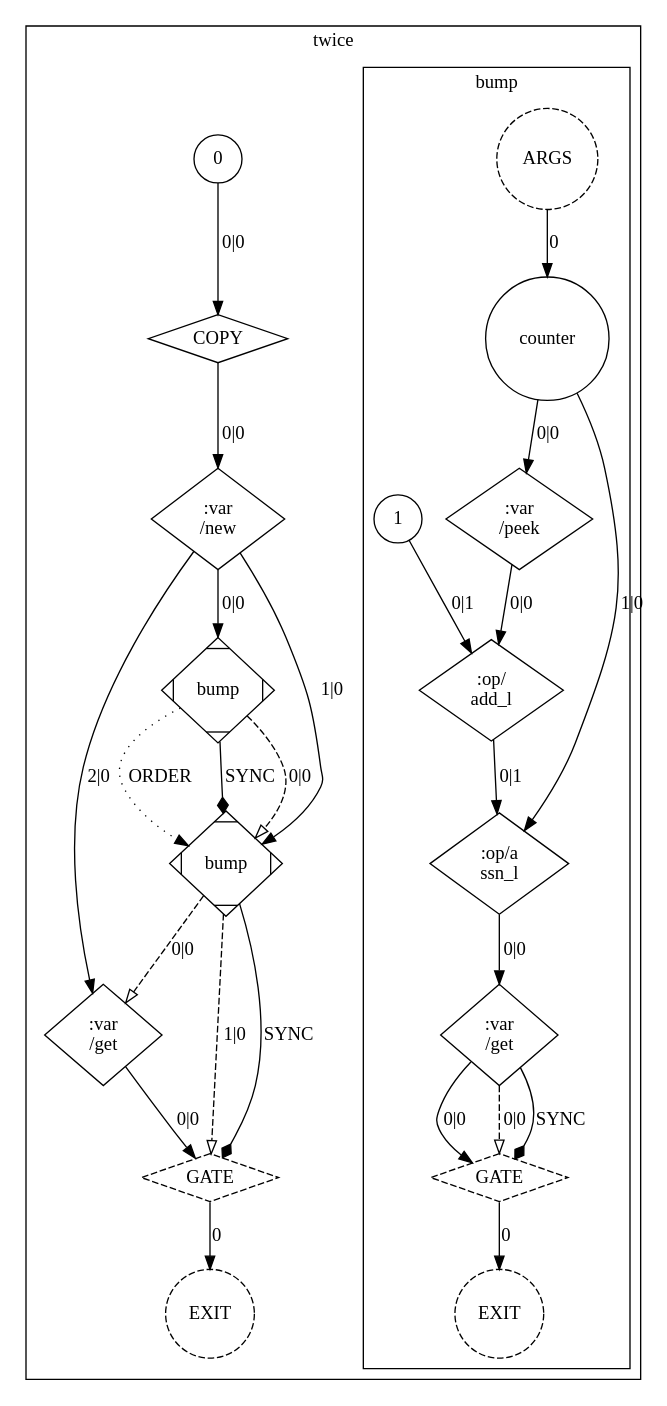
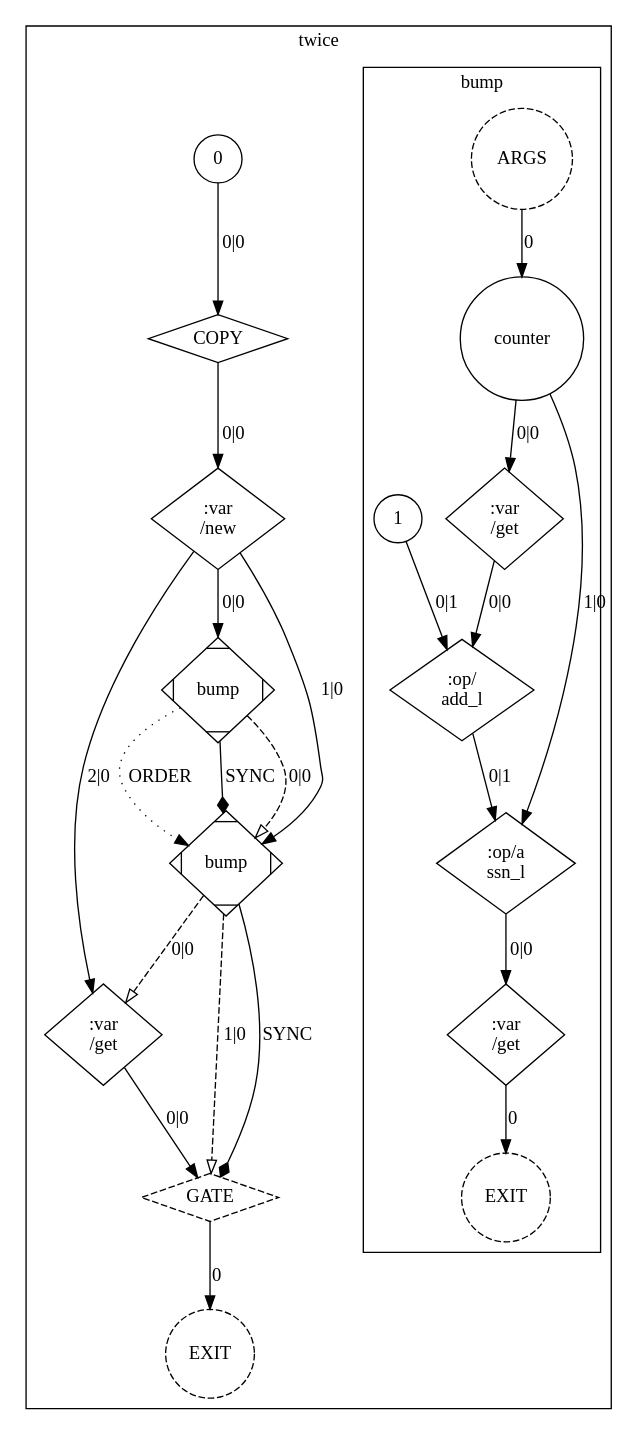
Before and after one commit to OpenCML/Camel: the diagram in docs/tutorial/images/10_var_order.dot, drawn with Graphviz. The commit also changed 69 other files, not shown here.

```diff
--- a/docs/tutorial/images/10_var_order.dot
+++ b/docs/tutorial/images/10_var_order.dot
@@ -1,51 +1,47 @@
 digraph GraphIR {
         subgraph cluster_F02 {
             label="twice";
             tooltip="() => int pure";
             subgraph cluster_F03 {
                 label="bump";
                 tooltip="(var counter: int) => int uses counter";
                 F03 [label="ARGS", type="ARGS", style=dashed, shape=circle];
                 O03 [label="EXIT", type="EXIT", style=dashed, shape=circle];
                 N00 [label="counter", type="PORT", param_name="counter", param_kind="normal", param_index="0", value_type="var int", shape=circle, style=solid, tooltip="counter"];
                 N01 [label="1", type="DATA", shape=circle, style=solid, value_type="int", tooltip="1"];
                 N02 [label=":op/\nadd_l", type="OPER", shape=diamond, style=solid, value_type="int", tooltip=":op/add_l"];
-                N03 [label=":var\n/peek", type="OPER", shape=diamond, style=solid, value_type="int", tooltip=":var/peek"];
+                N03 [label=":var\n/get", type="OPER", shape=diamond, style=solid, value_type="int", tooltip=":var/get"];
                 N04 [label=":op/a\nssn_l", type="OPER", shape=diamond, style=solid, value_type="var int", tooltip=":op/assn_l"];
                 N05 [label=":var\n/get", type="OPER", shape=diamond, style=solid, value_type="int", tooltip=":var/get"];
-                N06 [label="GATE", type="GATE", shape=diamond, style=dashed, value_type="int", tooltip="GATE"];
                 F03 -> N00 [label="0", type="NORM_PORT", style=solid];
-                N06 -> O03 [label="0", type="EXIT", style=solid];
+                N05 -> O03 [label="0", type="EXIT", style=solid];
                 N03 -> N02 [label="0|0", type="NORM"];
                 N01 -> N02 [label="0|1", type="NORM"];
                 N00 -> N03 [label="0|0", type="NORM"];
                 N00 -> N04 [label="1|0", type="NORM"];
                 N02 -> N04 [label="0|1", type="NORM"];
                 N04 -> N05 [label="0|0", type="NORM"];
-                N05 -> N06 [label="0|0", type="NORM"];
-                N05 -> N06 [label="0|0", type="CTRL", style=dashed, arrowhead=empty];
-                N05 -> N06 [label="SYNC", type="SYNC", style=solid, arrowhead=diamond];
             }
             O02 [label="EXIT", type="EXIT", style=dashed, shape=circle];
-            N07 [label="0", type="DATA", shape=circle, style=solid, value_type="int", tooltip="0"];
-            N08 [label="COPY", type="COPY", shape=diamond, style=solid, value_type="int", tooltip="COPY"];
-            N09 [label=":var\n/new", type="OPER", shape=diamond, style=solid, value_type="var int", tooltip=":var/new"];
+            N06 [label="0", type="DATA", shape=circle, style=solid, value_type="int", tooltip="0"];
+            N07 [label="COPY", type="COPY", shape=diamond, style=solid, value_type="int", tooltip="COPY"];
+            N08 [label=":var\n/new", type="OPER", shape=diamond, style=solid, value_type="var int", tooltip=":var/new"];
+            N09 [label="bump", type="FUNC", shape=Mdiamond, style=solid, width=1.1, height=1.1, value_type="int", tooltip="bump"];
             N0A [label="bump", type="FUNC", shape=Mdiamond, style=solid, width=1.1, height=1.1, value_type="int", tooltip="bump"];
-            N0B [label="bump", type="FUNC", shape=Mdiamond, style=solid, width=1.1, height=1.1, value_type="int", tooltip="bump"];
-            N0C [label=":var\n/get", type="OPER", shape=diamond, style=solid, value_type="int", tooltip=":var/get"];
-            N0D [label="GATE", type="GATE", shape=diamond, style=dashed, value_type="int", tooltip="GATE"];
-            N0D -> O02 [label="0", type="EXIT", style=solid];
+            N0B [label=":var\n/get", type="OPER", shape=diamond, style=solid, value_type="int", tooltip=":var/get"];
+            N0C [label="GATE", type="GATE", shape=diamond, style=dashed, value_type="int", tooltip="GATE"];
+            N0C -> O02 [label="0", type="EXIT", style=solid];
+            N06 -> N07 [label="0|0", type="NORM"];
             N07 -> N08 [label="0|0", type="NORM"];
             N08 -> N09 [label="0|0", type="NORM"];
-            N09 -> N0A [label="0|0", type="NORM"];
-            N09 -> N0B [label="1|0", type="NORM"];
+            N08 -> N0A [label="1|0", type="NORM"];
+            N09 -> N0A [label="0|0", type="CTRL", style=dashed, arrowhead=empty];
+            N09 -> N0A [label="ORDER", type="ORDER", style=dotted];
+            N09 -> N0A [label="SYNC", type="SYNC", style=solid, arrowhead=diamond];
+            N08 -> N0B [label="2|0", type="NORM"];
             N0A -> N0B [label="0|0", type="CTRL", style=dashed, arrowhead=empty];
-            N0A -> N0B [label="ORDER", type="ORDER", style=dotted];
-            N0A -> N0B [label="SYNC", type="SYNC", style=solid, arrowhead=diamond];
-            N09 -> N0C [label="2|0", type="NORM"];
-            N0B -> N0C [label="0|0", type="CTRL", style=dashed, arrowhead=empty];
-            N0C -> N0D [label="0|0", type="NORM"];
-            N0B -> N0D [label="1|0", type="CTRL", style=dashed, arrowhead=empty];
-            N0B -> N0D [label="SYNC", type="SYNC", style=solid, arrowhead=diamond];
+            N0B -> N0C [label="0|0", type="NORM"];
+            N0A -> N0C [label="1|0", type="CTRL", style=dashed, arrowhead=empty];
+            N0A -> N0C [label="SYNC", type="SYNC", style=solid, arrowhead=diamond];
         }
 }
```
